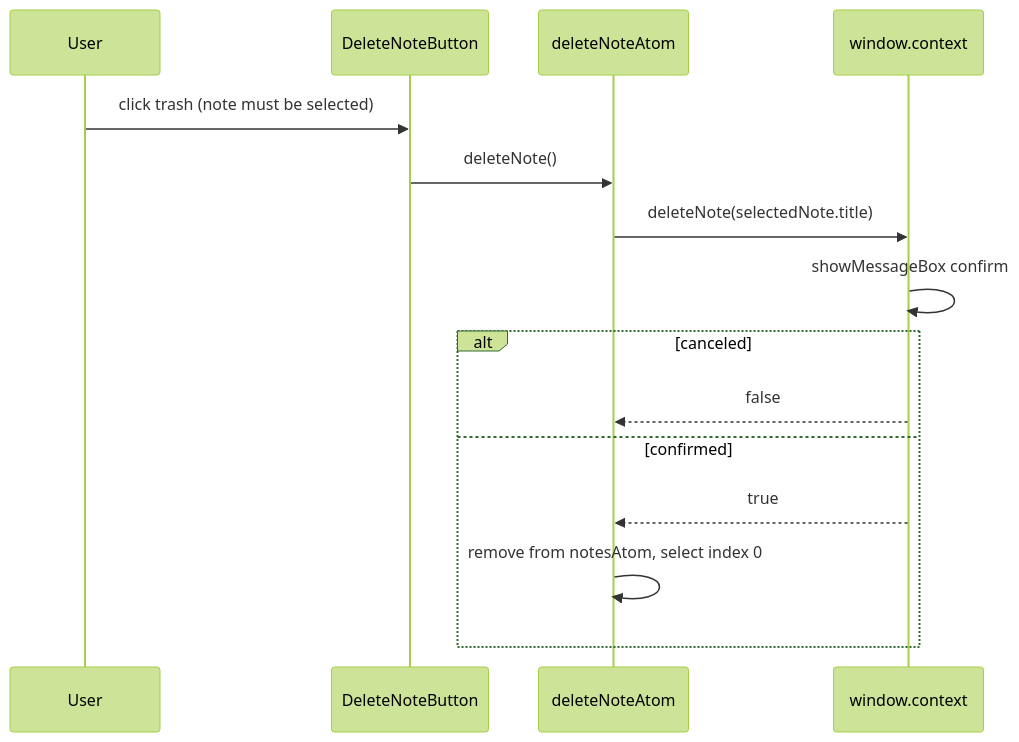
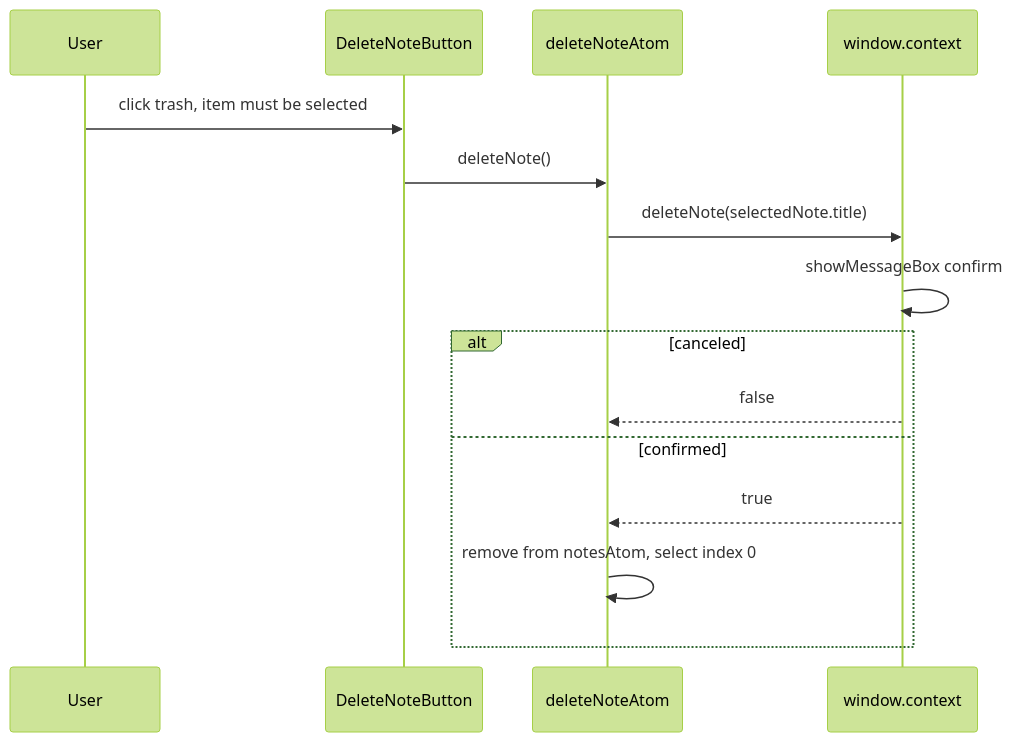
Before and after one commit to MilanMolnar/NoteApp: the fifth of 5 diagrams in note-app/DEVELOPER.md, drawn with Mermaid (forest theme). The commit also changed other lines of this file, not shown here.

Commit message:
Fix Mermaid diagrams for GitHub rendering compatibility

````diff
--- a/note-app/DEVELOPER.md
+++ b/note-app/DEVELOPER.md
@@ -242,18 +242,18 @@
 ```mermaid
 sequenceDiagram
     participant User
     participant Btn as DeleteNoteButton
     participant Store as deleteNoteAtom
     participant IPC as window.context
 
-    User->>Btn: click trash (note must be selected)
+    User->>Btn: click trash, item must be selected
     Btn->>Store: deleteNote()
     Store->>IPC: deleteNote(selectedNote.title)
     IPC->>IPC: showMessageBox confirm
     alt canceled
         IPC-->>Store: false
     else confirmed
         IPC-->>Store: true
         Store->>Store: remove from notesAtom, select index 0
     end
 ```
````
